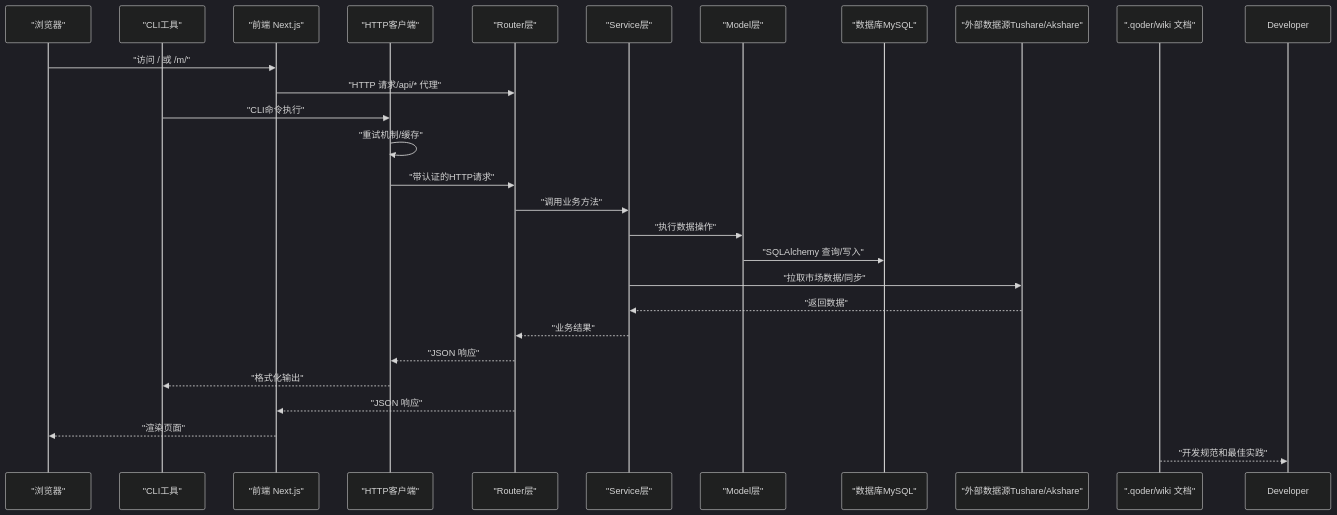
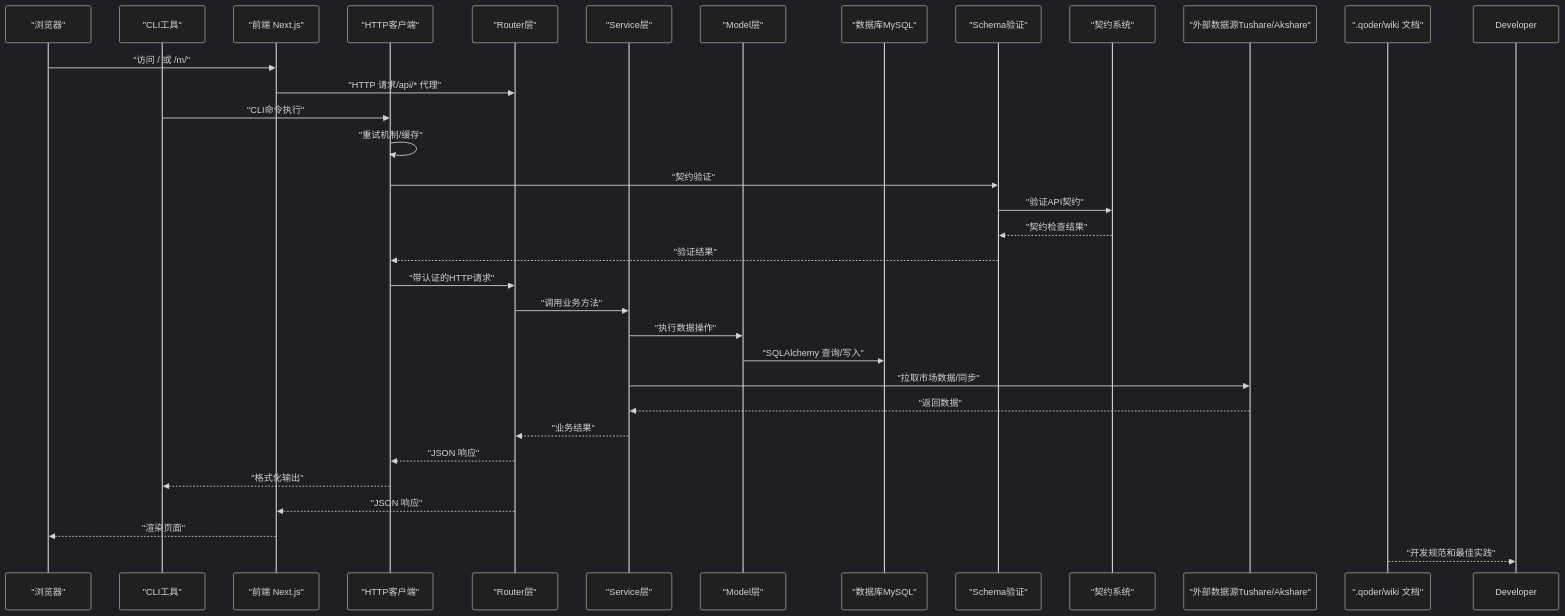
One commit to gujialind/InvestRing changed the second of 10 diagrams in .qoder/repowiki/zh/content/开发指南/开发指南.md. Above: the diagram before and after it, drawn with Mermaid (dark theme). The commit also changed other lines of this file and 19 other files, not shown here.

````diff
--- a/.qoder/repowiki/zh/content/开发指南/开发指南.md
+++ b/.qoder/repowiki/zh/content/开发指南/开发指南.md
@@ -148,29 +152,35 @@
 ```mermaid
 sequenceDiagram
 participant Browser as "浏览器"
 participant CLI as "CLI工具"
 participant FE as "前端 Next.js"
 participant Client as "HTTP客户端"
 participant Router as "Router层"
 participant Service as "Service层"
 participant Model as "Model层"
 participant DB as "数据库MySQL"
+participant Schema as "Schema验证"
+participant Contract as "契约系统"
 participant Ext as "外部数据源Tushare/Akshare"
 participant Wiki as ".qoder/wiki 文档"
 Browser->>FE : "访问 / 或 /m/"
 FE->>Router : "HTTP 请求/api/* 代理"
 CLI->>Client : "CLI命令执行"
 Client->>Client : "重试机制/缓存"
+Client->>Schema : "契约验证"
+Schema->>Contract : "验证API契约"
+Contract-->>Schema : "契约检查结果"
+Schema-->>Client : "验证结果"
 Client->>Router : "带认证的HTTP请求"
 Router->>Service : "调用业务方法"
 Service->>Model : "执行数据操作"
 Model->>DB : "SQLAlchemy 查询/写入"
 Service->>Ext : "拉取市场数据/同步"
 Ext-->>Service : "返回数据"
 Service-->>Router : "业务结果"
 Router-->>Client : "JSON 响应"
 Client-->>CLI : "格式化输出"
 Router-->>FE : "JSON 响应"
 FE-->>Browser : "渲染页面"
 Wiki-->>Developer : "开发规范和最佳实践"
 ```
````
